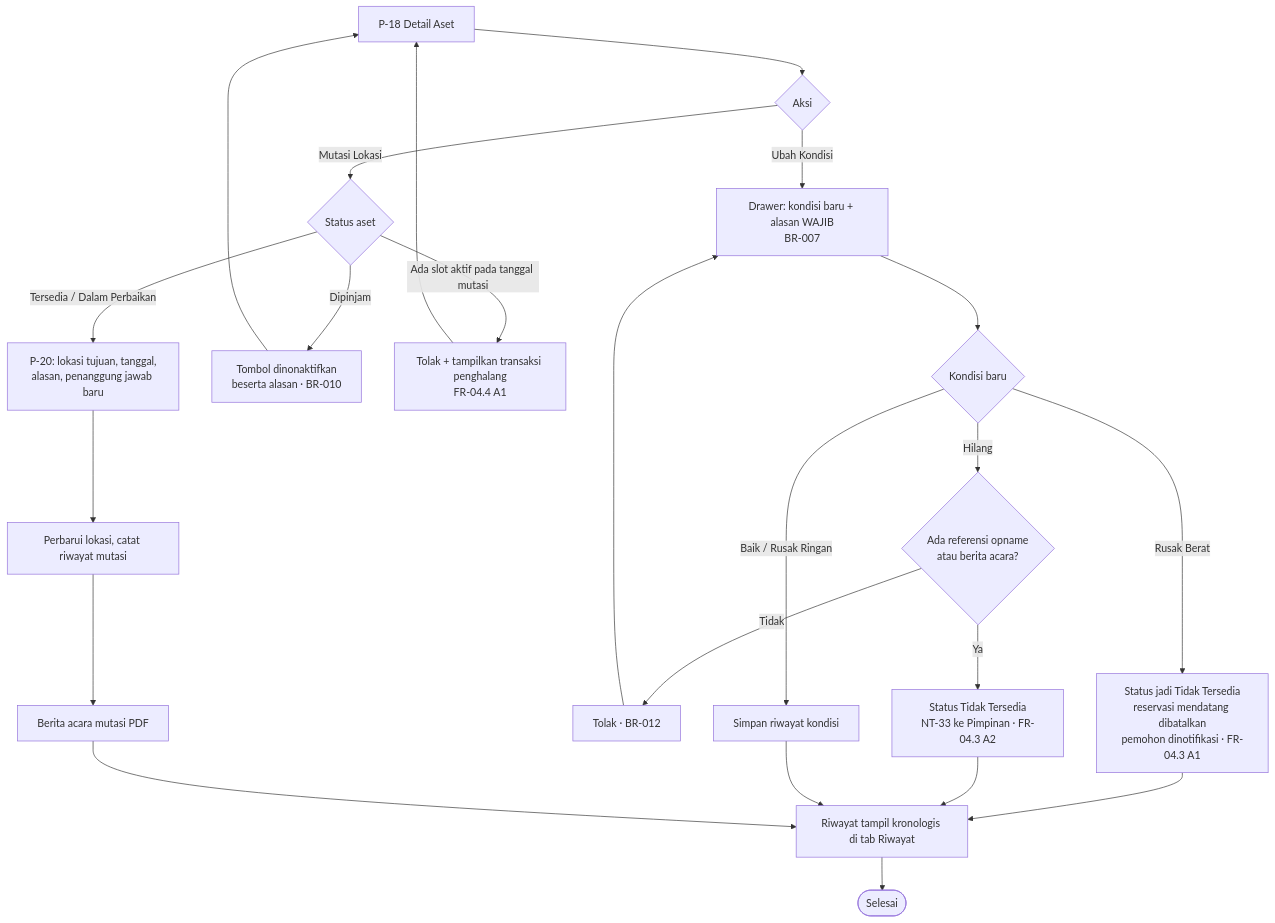
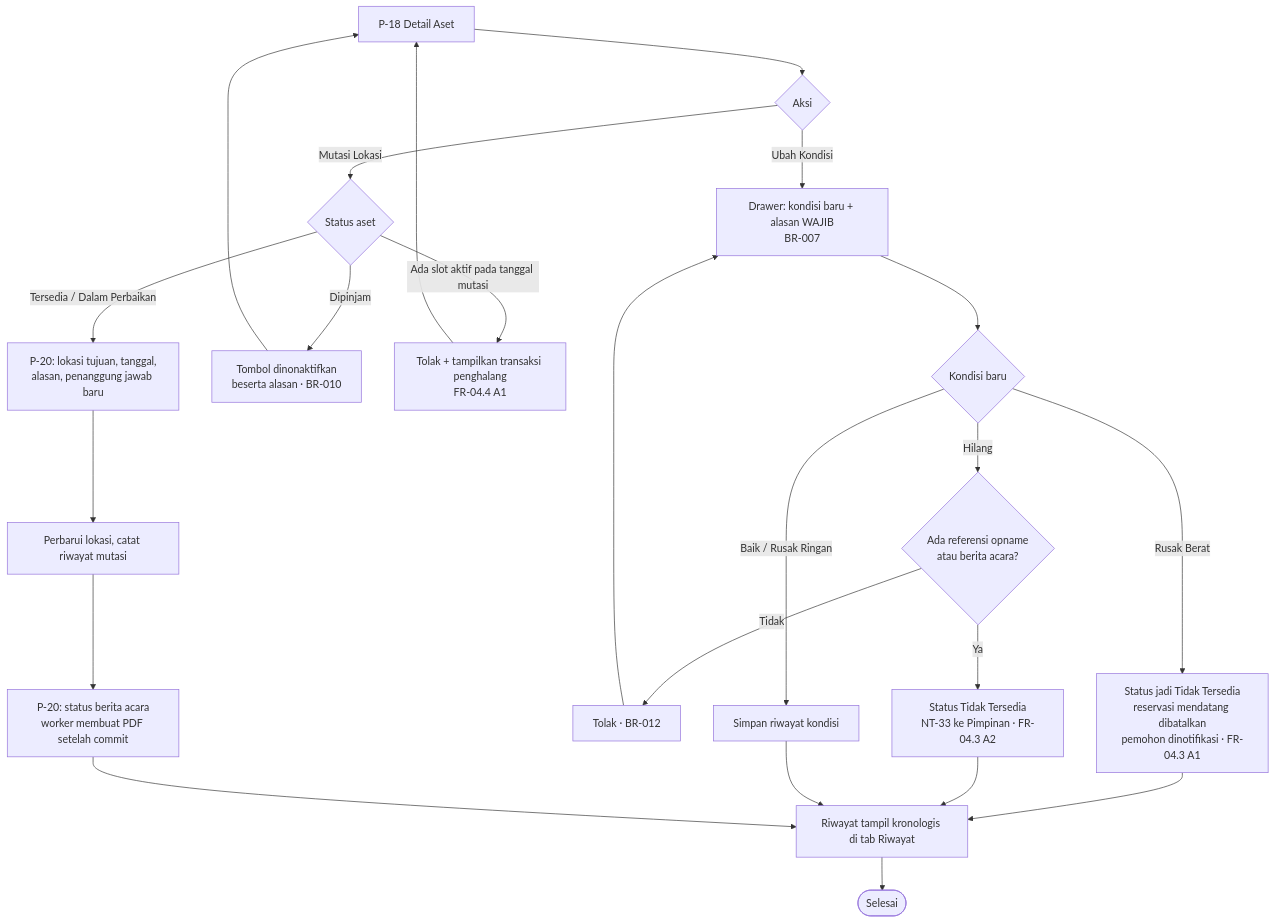
One commit to HanzzzBD/SIGM4 changed the fifth of 25 diagrams in docs/UX/USER-FLOWS.md. Above: the diagram before and after it, drawn with Mermaid. The commit also changed other lines of this file and 14 other files, not shown here.

Commit message:
PR-02-39: kontrak dan skema pendahulu berita acara mutasi

````diff
--- a/docs/UX/USER-FLOWS.md
+++ b/docs/UX/USER-FLOWS.md
@@ -216,27 +216,27 @@
 ```mermaid
 flowchart TD
     A["P-18 Detail Aset"] --> B{Aksi}
 
     B -->|"Ubah Kondisi"| C["Drawer: kondisi baru + alasan WAJIB<br/>BR-007"]
     C --> D{Kondisi baru}
     D -->|"Rusak Berat"| E["Status jadi Tidak Tersedia<br/>reservasi mendatang dibatalkan<br/>pemohon dinotifikasi · FR-04.3 A1"]
     D -->|Hilang| F{"Ada referensi opname<br/>atau berita acara?"}
     F -->|Tidak| G["Tolak · BR-012"] --> C
     F -->|Ya| H["Status Tidak Tersedia<br/>NT-33 ke Pimpinan · FR-04.3 A2"]
     D -->|"Baik / Rusak Ringan"| I["Simpan riwayat kondisi"]
 
     B -->|"Mutasi Lokasi"| J{"Status aset"}
     J -->|Dipinjam| K["Tombol dinonaktifkan<br/>beserta alasan · BR-010"]
     J -->|"Ada slot aktif pada tanggal mutasi"| L["Tolak + tampilkan transaksi penghalang<br/>FR-04.4 A1"]
     J -->|"Tersedia / Dalam Perbaikan"| M["P-20: lokasi tujuan, tanggal,<br/>alasan, penanggung jawab baru"]
     M --> N["Perbarui lokasi, catat riwayat mutasi"]
-    N --> O["Berita acara mutasi PDF"]
+    N --> O["P-20: status berita acara<br/>worker membuat PDF setelah commit"]
 
     E --> P
     H --> P
     I --> P
     O --> P["Riwayat tampil kronologis di tab Riwayat"]
     P --> Q([Selesai])
     K --> A
     L --> A
 ```
````
